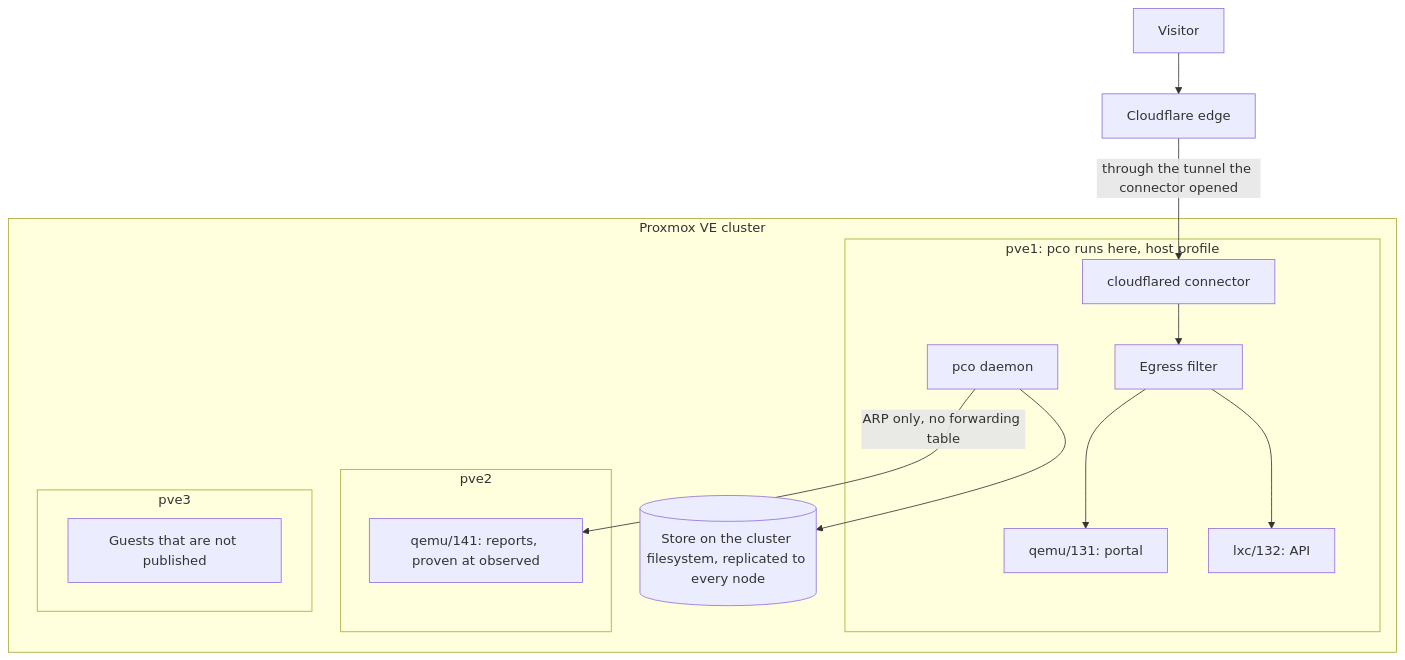
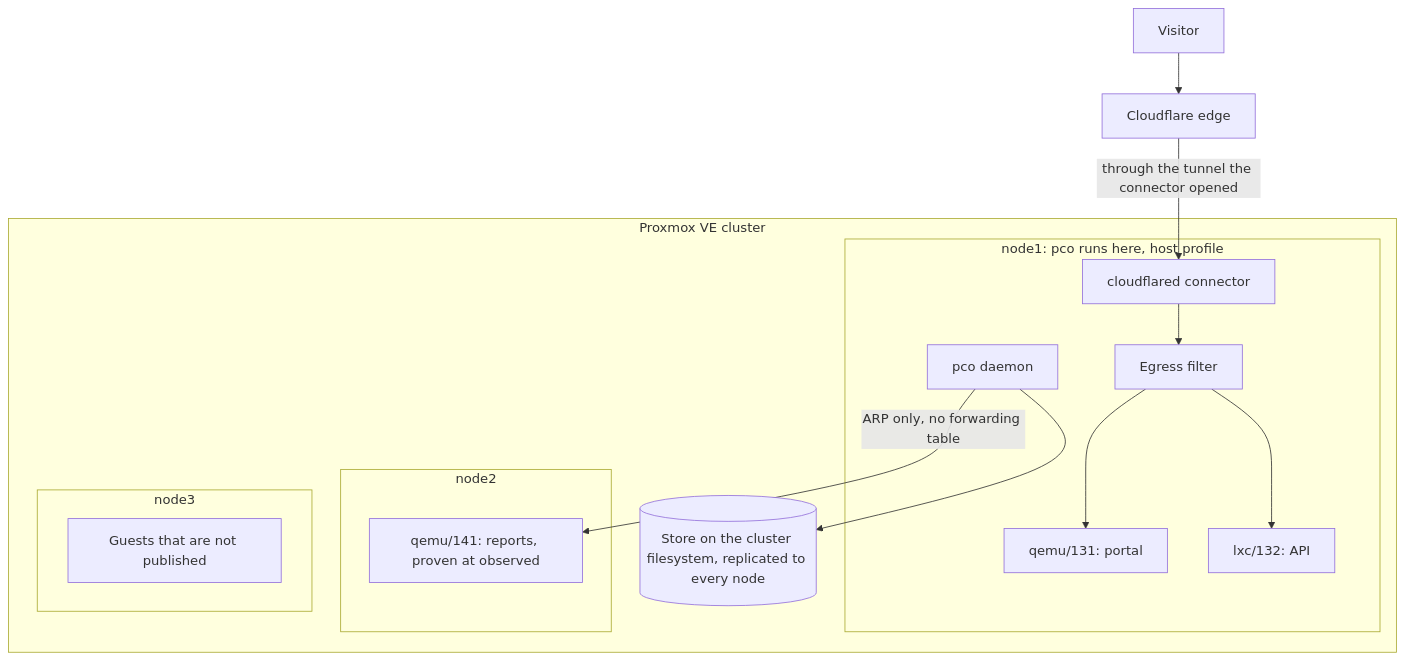
One commit to anaryk/proxmox-cloudflared-operator changed the diagram in docs/use-cases/company-cluster.md. Above: the diagram before and after it, drawn with Mermaid. The commit also changed other lines of this file and 7 other files, not shown here.

```diff
--- a/docs/use-cases/company-cluster.md
+++ b/docs/use-cases/company-cluster.md
@@ -31,24 +31,24 @@
 ~~~mermaid
 flowchart TB
     visitor["Visitor"] --> edge["Cloudflare edge"]
     edge -->|"through the tunnel the connector opened"| connector
     subgraph cluster["Proxmox VE cluster"]
-        subgraph pve1["pve1: pco runs here, host profile"]
+        subgraph node1["node1: pco runs here, host profile"]
             connector["cloudflared connector"] --> filter["Egress filter"]
             daemon["pco daemon"]
             portal["qemu/131: portal"]
             api["lxc/132: API"]
         end
-        subgraph pve2["pve2"]
+        subgraph node2["node2"]
             reports["qemu/141: reports, proven at observed"]
         end
-        subgraph pve3["pve3"]
+        subgraph node3["node3"]
             other["Guests that are not published"]
         end
         store[("Store on the cluster filesystem, replicated to every node")]
     end
     filter --> portal
     filter --> api
     daemon -->|"ARP only, no forwarding table"| reports
     daemon --> store
 ~~~
```
